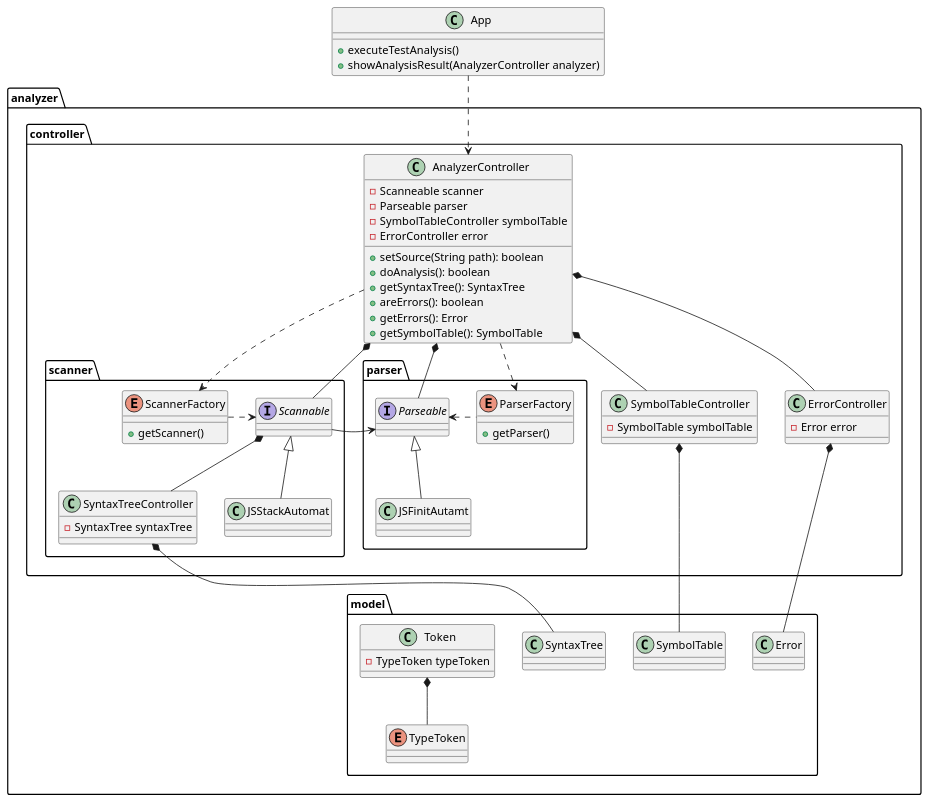
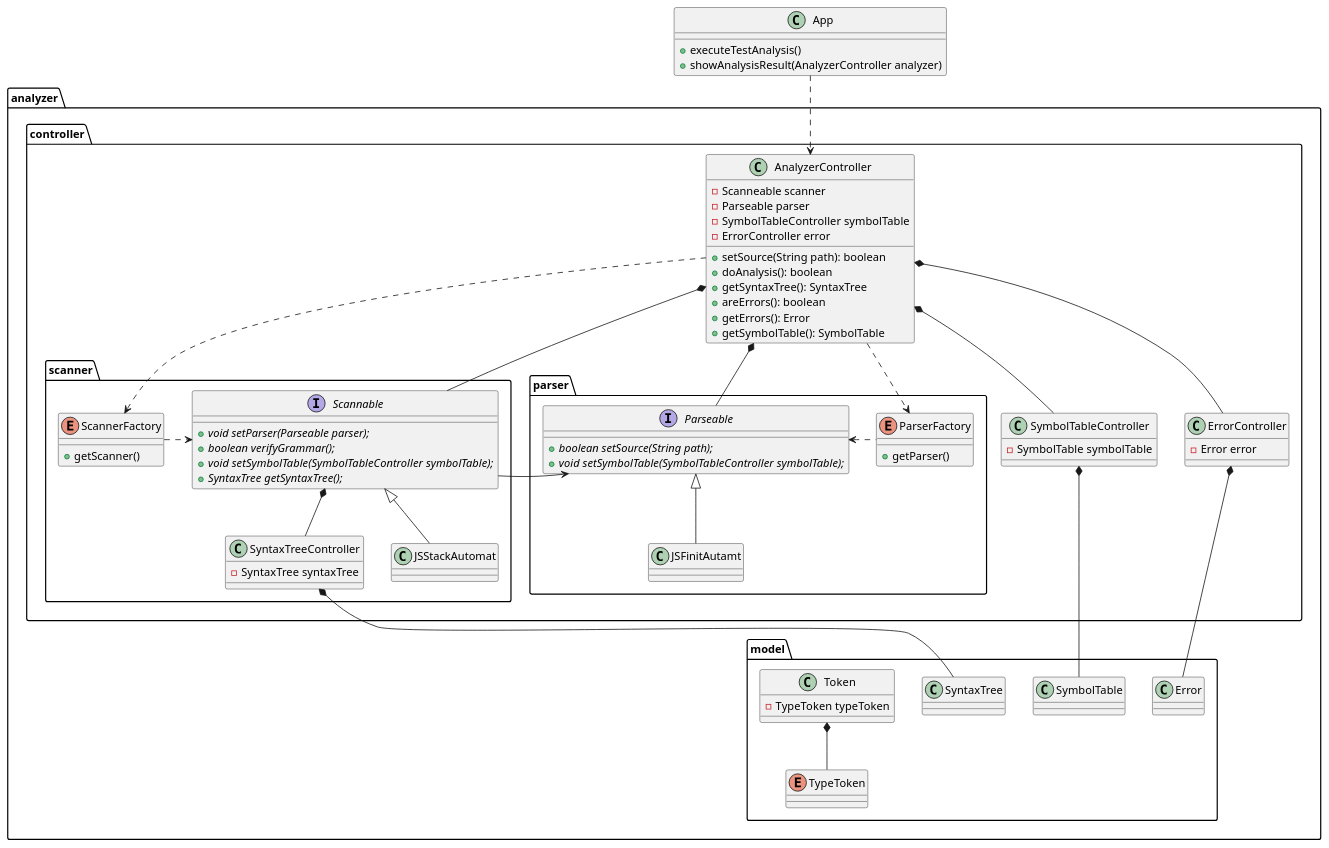
Before and after one commit to moroquin/parser-scanner-analyzer: the diagram in docs/ClassDiagram.wsd, drawn with PlantUML. The commit also changed 11 other files, not shown here.

```diff
--- a/docs/ClassDiagram.wsd
+++ b/docs/ClassDiagram.wsd
@@ -1,140 +1,145 @@
 @startuml classdiagram
 
 
 class App{
     +executeTestAnalysis()
     +showAnalysisResult(AnalyzerController analyzer)
 }
 
 package analyzer{
 
     package controller{
 
         class AnalyzerController{
             -Scanneable scanner
             -Parseable parser
             -SymbolTableController symbolTable
             -ErrorController error
             +setSource(String path): boolean
             +doAnalysis(): boolean
             +getSyntaxTree(): SyntaxTree
             +areErrors(): boolean
             +getErrors(): Error
             +getSymbolTable(): SymbolTable
         }
 
         class SymbolTableController{
             -SymbolTable symbolTable
 
         }
 
         class ErrorController{
             -Error error
 
         }
 
 
         package scanner{
 
             enum ScannerFactory{
                 +getScanner()
             }
 
 
             class SyntaxTreeController{
                 -SyntaxTree syntaxTree
 
             }
 
             interface Scannable{
-
+                +{abstract}void setParser(Parseable parser);
+                +{abstract}boolean verifyGrammar();
+                +{abstract}void setSymbolTable(SymbolTableController symbolTable);
+                +{abstract}SyntaxTree getSyntaxTree();
             }
 
             class JSStackAutomat{
 
             }
 
             JSStackAutomat -up-|> Scannable
             Scannable *-- SyntaxTreeController
 
             ScannerFactory .right.> Scannable
 
 
         }
 
         package parser{
 
             enum ParserFactory{
                 +getParser()
             }
 
             interface Parseable{
+                +{abstract} boolean setSource(String path);
+                +{abstract} void setSymbolTable(SymbolTableController symbolTable);
 
             }
 
             class JSFinitAutamt{
 
             }
 
             JSFinitAutamt -up-|> Parseable
             ParserFactory .left.> Parseable
 
         }
 
 
 
         AnalyzerController *-- Parseable
         AnalyzerController *-- Scannable
         AnalyzerController *-- SymbolTableController
         AnalyzerController *-- ErrorController
 
         AnalyzerController ..> ParserFactory
         AnalyzerController ..> ScannerFactory
 
         Scannable -right-> Parseable
 
     }
 
 
     package model{
 
         class Error{
 
         }
 
         class SyntaxTree{
 
         }
 
         class SymbolTable
 
 
         class Token{
             -TypeToken typeToken
         }
 
         enum TypeToken{
 
         }
 
         Token *-- TypeToken
 
     }
 
     SymbolTableController *-- SymbolTable
     ErrorController *-- Error
 
     SyntaxTreeController *-- SyntaxTree
 
-    
 
-    
+
+
 
 }
 
 
 App .down.> AnalyzerController
 
 
 
 @enduml
```
